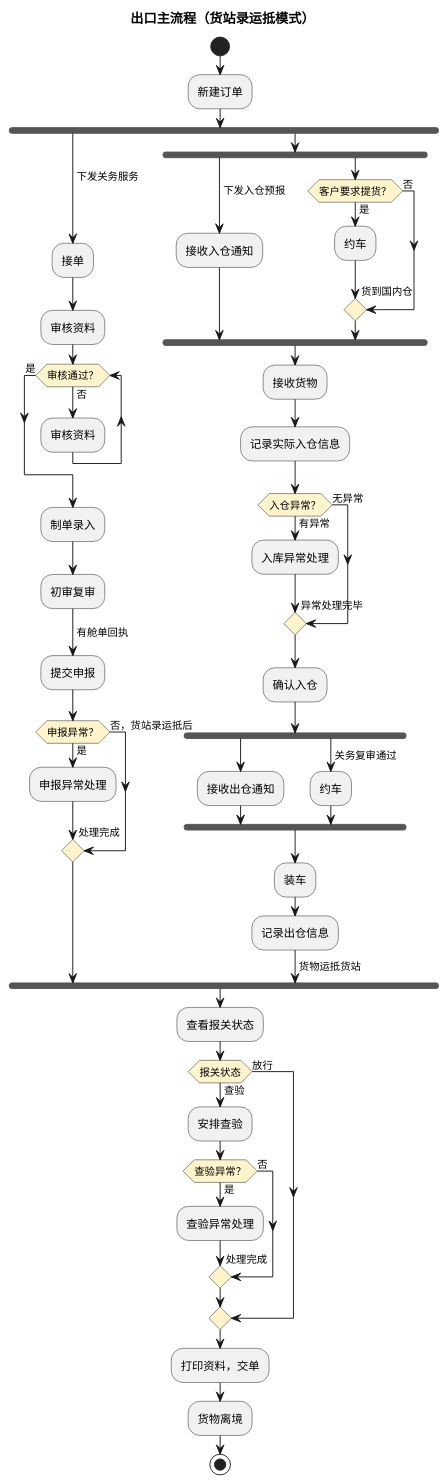
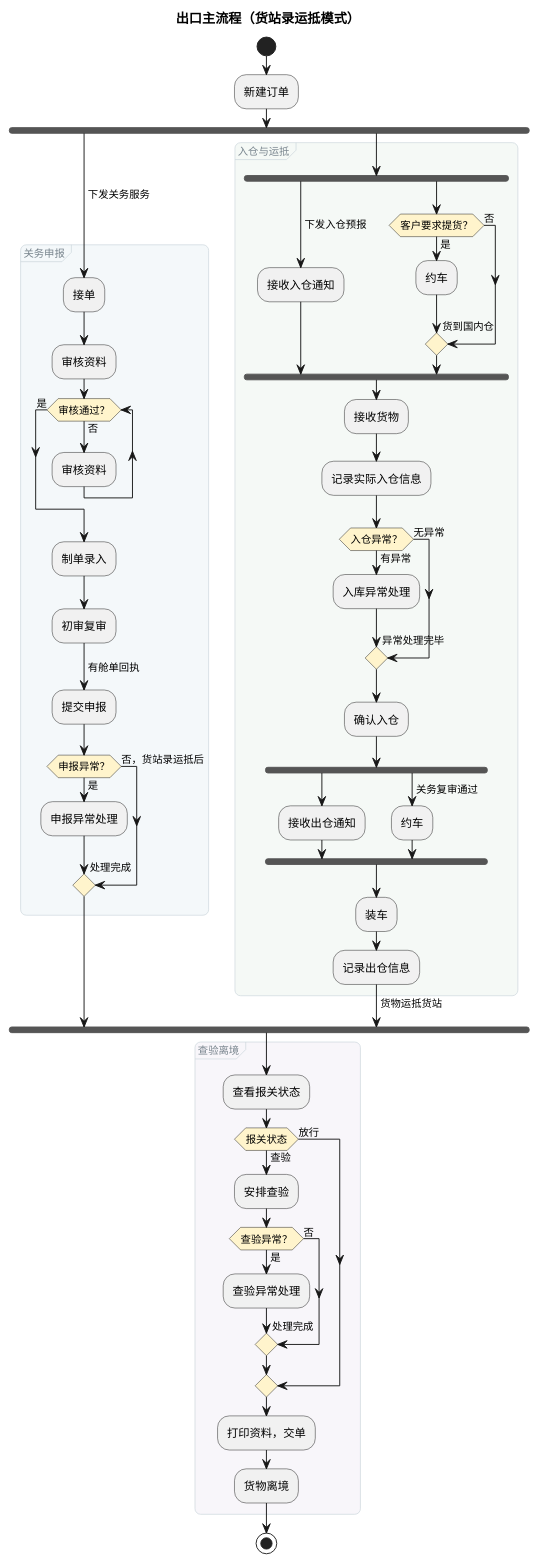
The tenth of 10 diagrams in product-caliber/goldjet/segmented-prd/mainflow/PRD.高捷物流系统一期.主流程.03.普货进出口关务详细流程.md (jack888332/projects-doc), drawn with PlantUML before and after one commit. The commit also changed other lines of this file and 16 other files, not shown here.

Commit message:
给DSL图分组

````diff
--- a/product-caliber/goldjet/segmented-prd/mainflow/PRD.高捷物流系统一期.主流程.03.普货进出口关务详细流程.md
+++ b/product-caliber/goldjet/segmented-prd/mainflow/PRD.高捷物流系统一期.主流程.03.普货进出口关务详细流程.md
@@ -350,10 +486,23 @@
 ```plantuml
 @startuml
 skinparam activityDiamondBackgroundColor #FFF4CC
+<style>
+activityDiagram {
+  group {
+    LineColor #CAD5DA
+    LineThickness 0.7
+    RoundCorner 12
+    FontColor #78848D
+    FontSize 11
+    FontStyle plain
+  }
+}
+</style>
 title 出口主流程（货站录运抵模式）
 start
 :新建订单;
 fork
+group 关务申报 #F4F8FA {
   -> 下发关务服务;
   :接单;
   :审核资料;
@@ -369,7 +518,9 @@
     -> 处理完成;
   else (否，货站录运抵后)
   endif
+}
 fork again
+group 入仓与运抵 #F5F9F6 {
   fork
     -> 下发入仓预报;
     :接收入仓通知;
@@ -397,7 +548,9 @@
   :装车;
   :记录出仓信息;
   -> 货物运抵货站;
+}
 end fork
+group 查验离境 #F8F6FA {
 :查看报关状态;
 if (报关状态) then (查验)
   :安排查验;
@@ -410,6 +563,7 @@
 endif
 :打印资料，交单;
 :货物离境;
+}
 stop
 @enduml
 ```
````
